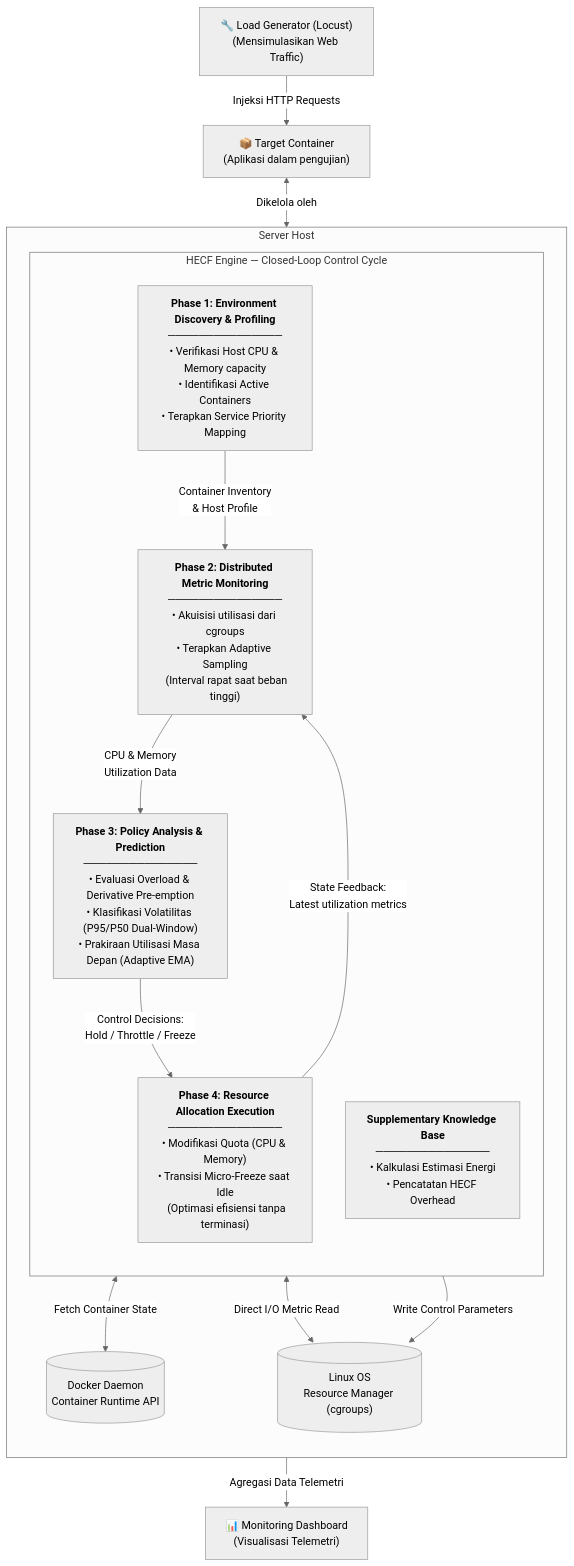
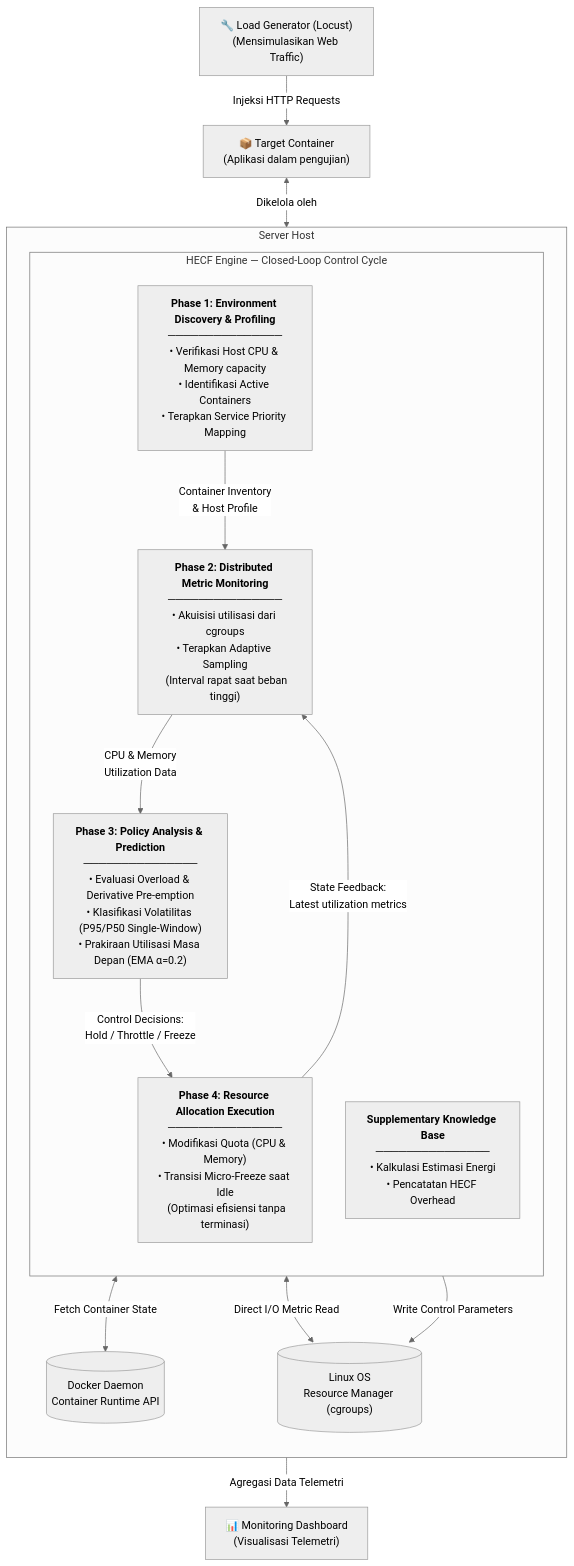
Before and after one commit to fauzanreza/green-container-framework: the second of 2 diagrams in architecture-diagrams/00-concept/big_picture.md, drawn with Mermaid (neutral theme). The commit also changed other lines of this file and 21 other files, not shown here.

````diff
--- a/architecture-diagrams/00-concept/big_picture.md
+++ b/architecture-diagrams/00-concept/big_picture.md
@@ -65,40 +65,40 @@
 ```mermaid
 flowchart TB
     subgraph HOST["Server Host"]
         direction TB
 
         subgraph MAPE["HECF Engine — Closed-Loop Control Cycle"]
             direction TB
 
             L1["<b>Phase 1: Environment Discovery & Profiling</b><br/>───────────────<br/>• Verifikasi Host CPU & Memory capacity<br/>• Identifikasi Active Containers<br/>• Terapkan Service Priority Mapping"]
 
             L2["<b>Phase 2: Distributed Metric Monitoring</b><br/>───────────────<br/>• Akuisisi utilisasi dari cgroups<br/>• Terapkan Adaptive Sampling<br/>  (Interval rapat saat beban tinggi)"]
 
-            L3["<b>Phase 3: Policy Analysis & Prediction</b><br/>───────────────<br/>• Evaluasi Overload & Derivative Pre-emption<br/>• Klasifikasi Volatilitas (P95/P50 Dual-Window)<br/>• Prakiraan Utilisasi Masa Depan (Adaptive EMA)"]
+            L3["<b>Phase 3: Policy Analysis & Prediction</b><br/>───────────────<br/>• Evaluasi Overload & Derivative Pre-emption<br/>• Klasifikasi Volatilitas (P95/P50 Single-Window)<br/>• Prakiraan Utilisasi Masa Depan (EMA α=0.2)"]
 
             L4["<b>Phase 4: Resource Allocation Execution</b><br/>───────────────<br/>• Modifikasi Quota (CPU & Memory)<br/>• Transisi Micro-Freeze saat Idle<br/>  (Optimasi efisiensi tanpa terminasi)"]
 
             SUP["<b>Supplementary Knowledge Base</b><br/>───────────────<br/>• Kalkulasi Estimasi Energi<br/>• Pencatatan HECF Overhead"]
 
             L1 -->|"Container Inventory<br/>& Host Profile"| L2
             L2 -->|"CPU & Memory<br/>Utilization Data"| L3
             L3 -->|"Control Decisions:<br/>Hold / Throttle / Freeze"| L4
             L4 -->|"State Feedback:<br/>Latest utilization metrics"| L2
         end
 
         KERNEL[("Linux OS<br/>Resource Manager (cgroups)")]
         DOCKER[("Docker Daemon<br/>Container Runtime API")]
 
         L1 <-->|"Fetch Container State"| DOCKER
         L2 <-->|"Direct I/O Metric Read"| KERNEL
         L4 -->|"Write Control Parameters"| KERNEL
     end
 
     LOCUST["🔧 Load Generator (Locust)<br/>(Mensimulasikan Web Traffic)"]
     TARGET["📦 Target Container<br/>(Aplikasi dalam pengujian)"]
     DASH["📊 Monitoring Dashboard<br/>(Visualisasi Telemetri)"]
 
     LOCUST -->|"Injeksi HTTP Requests"| TARGET
     TARGET <-->|"Dikelola oleh"| DOCKER
     SUP -->|"Agregasi Data Telemetri"| DASH
 ```
````
